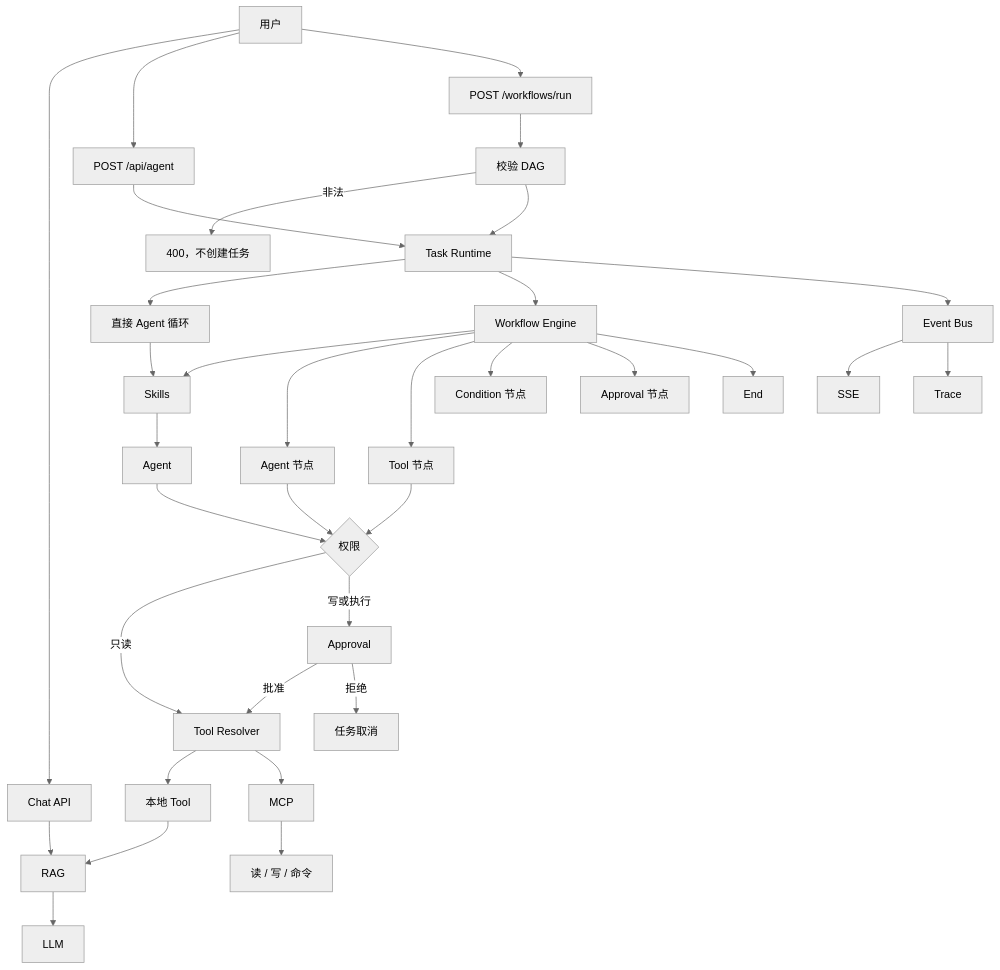
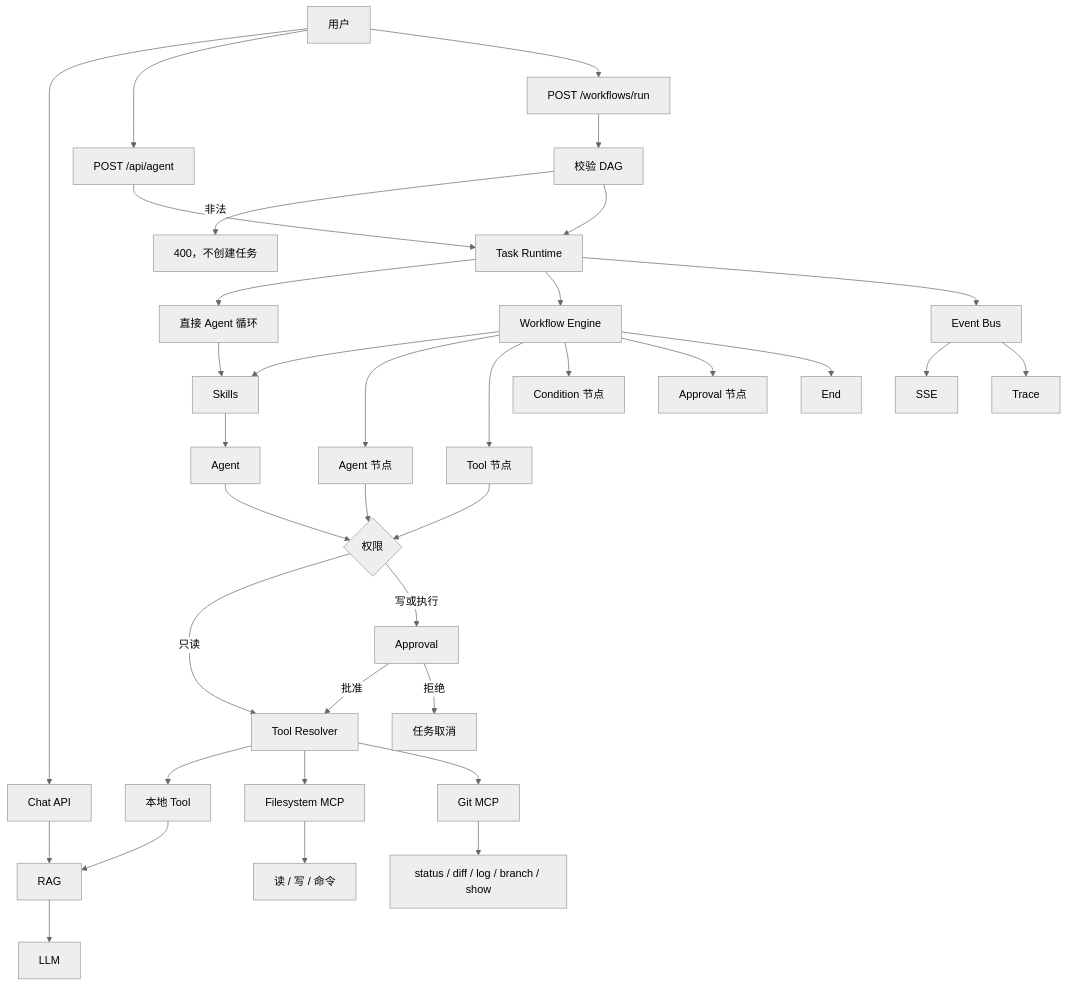
One commit to WaitingChen0117/agent-workbench changed the diagram in README.md. Above: the diagram before and after it, drawn with Mermaid (neutral theme). The commit also changed other lines of this file and 10 other files, not shown here.

Commit message:
Let the agent inspect repository state through a read-only Git MCP.

````diff
--- a/README.md
+++ b/README.md
@@ -20,35 +21,37 @@
 ```mermaid
 flowchart TB
   user["用户"] --> chat["Chat API"]
   user --> post["POST /api/agent"]
   user --> wf["POST /workflows/run"]
   chat --> rag["RAG"] --> llm["LLM"]
   wf --> validator["校验 DAG"]
   validator -->|非法| bad["400，不创建任务"]
   validator --> runtime["Task Runtime"]
   post --> runtime
   runtime --> direct["直接 Agent 循环"]
   runtime --> engine["Workflow Engine"]
   direct --> skills["Skills"]
   engine --> skills
   skills --> agent["Agent"]
   engine --> agentNode["Agent 节点"]
   engine --> toolNode["Tool 节点"]
   engine --> cond["Condition 节点"]
   engine --> apprNode["Approval 节点"]
   engine --> endNode["End"]
   agent --> gate{"权限"}
   agentNode --> gate
   toolNode --> gate
   gate -->|只读| resolver["Tool Resolver"]
   gate -->|写或执行| approval["Approval"]
   approval -->|批准| resolver
   approval -->|拒绝| cancel["任务取消"]
   resolver --> local["本地 Tool"]
-  resolver --> mcp["MCP"]
+  resolver --> fsmcp["Filesystem MCP"]
+  resolver --> gitmcp["Git MCP"]
   local --> rag
-  mcp --> files["读 / 写 / 命令"]
+  fsmcp --> files["读 / 写 / 命令"]
+  gitmcp --> git["status / diff / log / branch / show"]
   runtime --> bus["Event Bus"]
   bus --> sse["SSE"]
   bus --> trace["Trace"]
 ```
````
